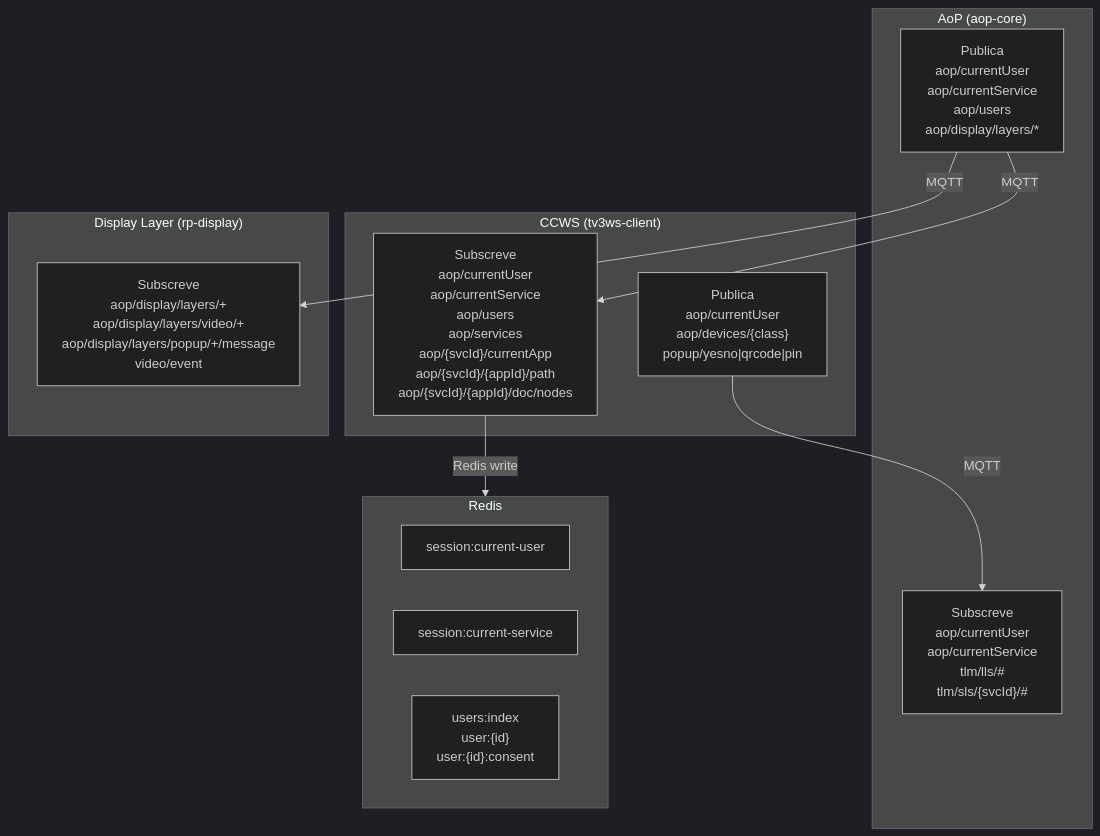
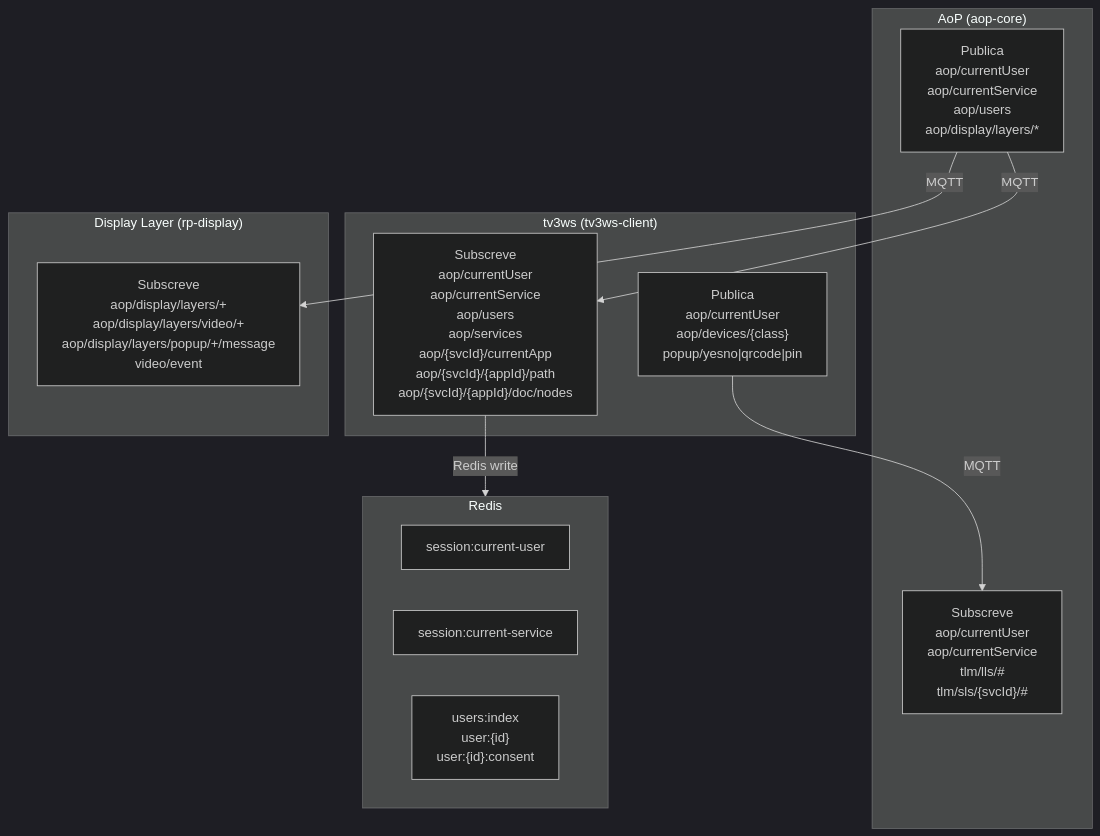
Before and after one commit to multisens/Infra: the diagram in docs/08-mqtt-map.md, drawn with Mermaid (dark theme). The commit also changed other lines of this file and 32 other files, not shown here.

````diff
--- a/docs/08-mqtt-map.md
+++ b/docs/08-mqtt-map.md
@@ -187,27 +190,27 @@
 ```mermaid
 graph TD
     subgraph AoP["AoP (aop-core)"]
         AOP_PUB["Publica\naop/currentUser\naop/currentService\naop/users\naop/display/layers/*"]
         AOP_SUB["Subscreve\naop/currentUser\naop/currentService\ntlm/lls/#\ntlm/sls/{svcId}/#"]
     end
 
-    subgraph CCWS["CCWS (tv3ws-client)"]
-        CCWS_PUB["Publica\naop/currentUser\naop/devices/{class}\npopup/yesno|qrcode|pin"]
-        CCWS_SUB["Subscreve\naop/currentUser\naop/currentService\naop/users\naop/services\naop/{svcId}/currentApp\naop/{svcId}/{appId}/path\naop/{svcId}/{appId}/doc/nodes"]
+    subgraph TV3WS["tv3ws (tv3ws-client)"]
+        TV3WS_PUB["Publica\naop/currentUser\naop/devices/{class}\npopup/yesno|qrcode|pin"]
+        TV3WS_SUB["Subscreve\naop/currentUser\naop/currentService\naop/users\naop/services\naop/{svcId}/currentApp\naop/{svcId}/{appId}/path\naop/{svcId}/{appId}/doc/nodes"]
     end
 
     subgraph REDIS["Redis"]
         R_USER["session:current-user"]
         R_SVC["session:current-service"]
         R_USERS["users:index\nuser:{id}\nuser:{id}:consent"]
     end
 
     subgraph DISPLAY["Display Layer (rp-display)"]
         D_SUB["Subscreve\naop/display/layers/+\naop/display/layers/video/+\naop/display/layers/popup/+/message\nvideo/event"]
     end
 
-    AOP_PUB -->|"MQTT"| CCWS_SUB
+    AOP_PUB -->|"MQTT"| TV3WS_SUB
     AOP_PUB -->|"MQTT"| D_SUB
-    CCWS_PUB -->|"MQTT"| AOP_SUB
-    CCWS_SUB -->|"Redis write"| REDIS
+    TV3WS_PUB -->|"MQTT"| AOP_SUB
+    TV3WS_SUB -->|"Redis write"| REDIS
 ```
````
